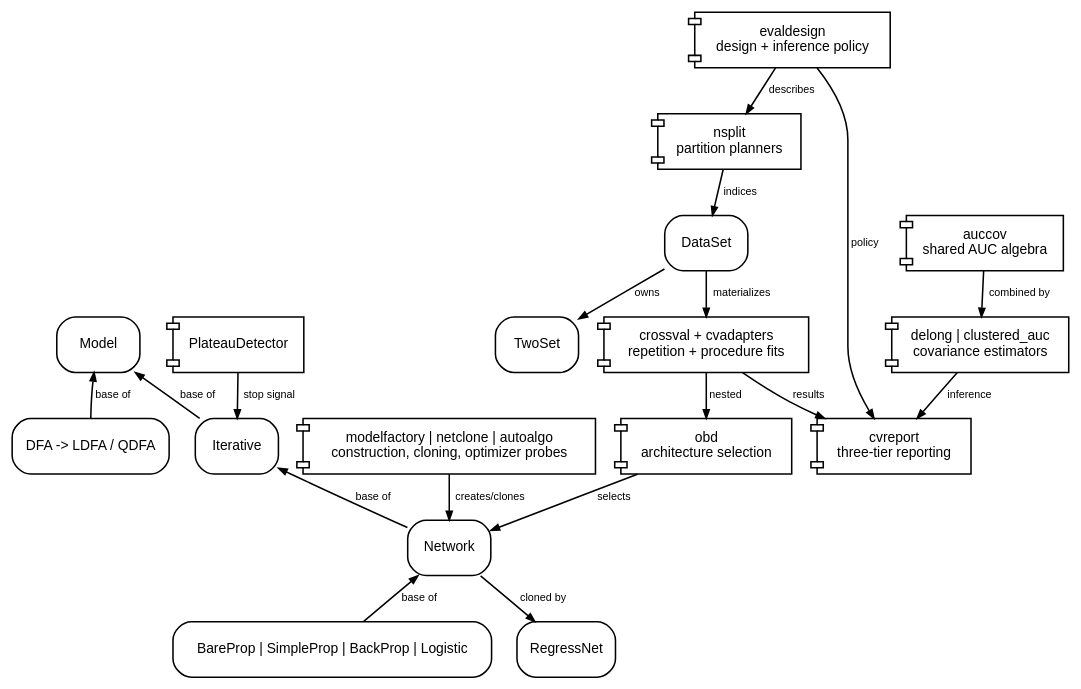
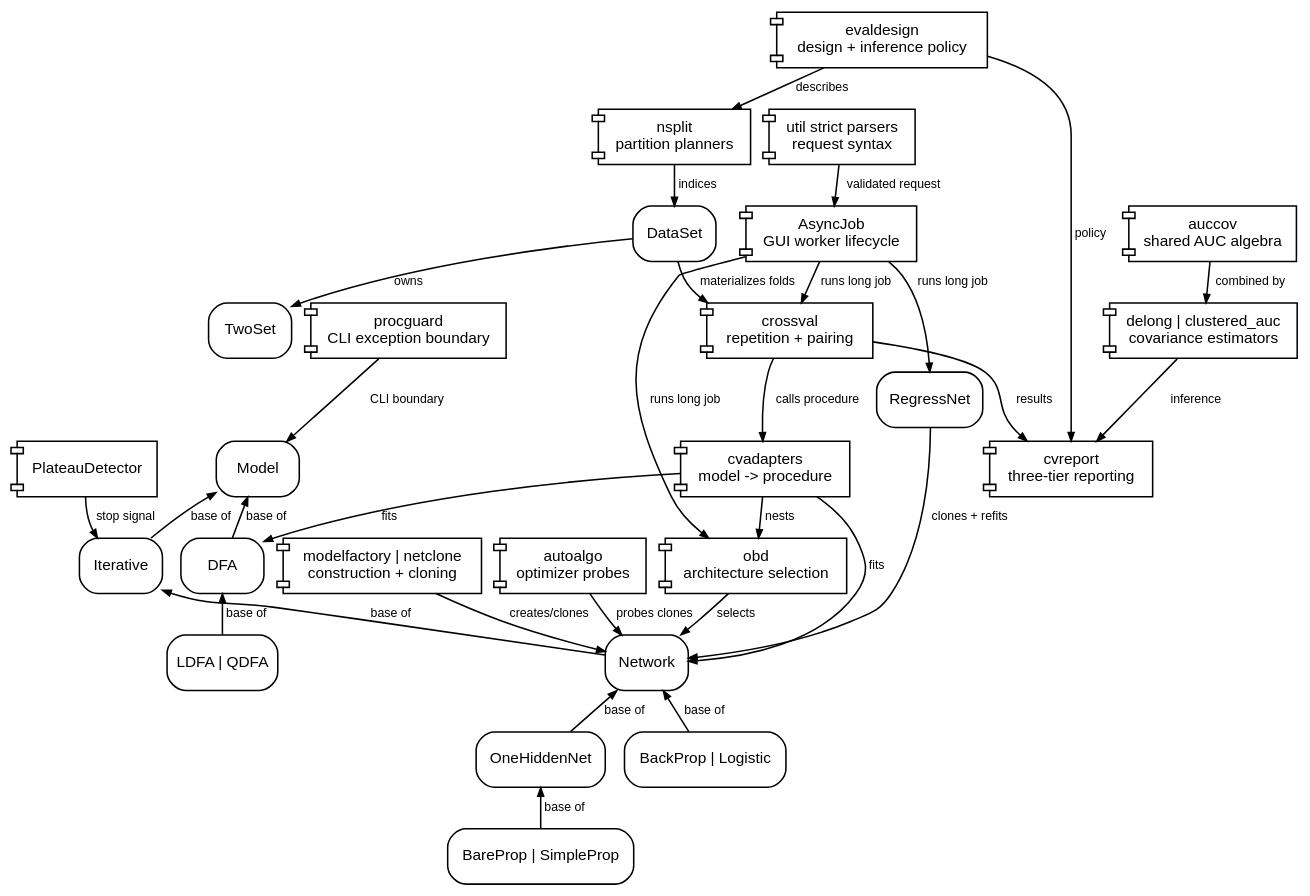
The diagram in docs/tex/figures/objects.dot (craignied/neuron), drawn with Graphviz before and after one commit. The commit also changed 18 other files, not shown here.

```diff
--- a/docs/tex/figures/objects.dot
+++ b/docs/tex/figures/objects.dot
@@ -1,45 +1,65 @@
 digraph neuron_objects {
-  graph [rankdir=TB, bgcolor="transparent", margin=0.04, nodesep=0.22,
-         ranksep=0.30, fontname="Helvetica"];
-  node [shape=box, style="rounded", fontname="Helvetica", fontsize=9,
+  graph [rankdir=TB, bgcolor="transparent", margin=0.03, nodesep=0.16,
+         ranksep=0.24, fontname="Helvetica", ratio="compress"];
+  node [shape=box, style="rounded", fontname="Helvetica", fontsize=10,
         margin="0.08,0.05"];
-  edge [fontname="Helvetica", fontsize=7, arrowsize=0.55];
+  edge [fontname="Helvetica", fontsize=8, arrowsize=0.55];
 
   DataSet [label="DataSet"];
   TwoSet [label="TwoSet"];
   Model [label="Model"];
   Iterative [label="Iterative"];
   Network [label="Network"];
-  Concrete [label="BareProp | SimpleProp | BackProp | Logistic"];
-  DFA [label="DFA -> LDFA / QDFA"];
+  OneHidden [label="OneHiddenNet"];
+  Simple [label="BareProp | SimpleProp"];
+  OtherNet [label="BackProp | Logistic"];
+  DFA [label="DFA"];
+  ConcreteDFA [label="LDFA | QDFA"];
   RegressNet [label="RegressNet"];
 
   Split [label="nsplit\npartition planners", shape=component];
   Eval [label="evaldesign\ndesign + inference policy", shape=component];
   OBD [label="obd\narchitecture selection", shape=component];
-  CV [label="crossval + cvadapters\nrepetition + procedure fits", shape=component];
+  Adapters [label="cvadapters\nmodel -> procedure", shape=component];
+  CV [label="crossval\nrepetition + pairing", shape=component];
   Report [label="cvreport\nthree-tier reporting", shape=component];
   Cov [label="auccov\nshared AUC algebra", shape=component];
   Est [label="delong | clustered_auc\ncovariance estimators", shape=component];
-  Factory [label="modelfactory | netclone | autoalgo\nconstruction, cloning, optimizer probes", shape=component];
+  Factory [label="modelfactory | netclone\nconstruction + cloning", shape=component];
+  Auto [label="autoalgo\noptimizer probes", shape=component];
   Plateau [label="PlateauDetector", shape=component];
+  Async [label="AsyncJob\nGUI worker lifecycle", shape=component];
+  Parse [label="util strict parsers\nrequest syntax", shape=component];
+  Guard [label="procguard\nCLI exception boundary", shape=component];
 
   DataSet -> TwoSet [label="owns"];
   Model -> Iterative [label="base of", dir=back];
   Iterative -> Network [label="base of", dir=back];
-  Network -> Concrete [label="base of", dir=back];
+  Network -> OneHidden [label="base of", dir=back];
+  OneHidden -> Simple [label="base of", dir=back];
+  Network -> OtherNet [label="base of", dir=back];
   Model -> DFA [label="base of", dir=back];
-  Network -> RegressNet [label="cloned by"];
+  DFA -> ConcreteDFA [label="base of", dir=back];
+  RegressNet -> Network [label="clones + refits"];
 
   Split -> DataSet [label="indices"];
-  DataSet -> CV [label="materializes"];
+  DataSet -> CV [label="materializes folds"];
   Factory -> Network [label="creates/clones"];
   Plateau -> Iterative [label="stop signal"];
+  Auto -> Network [label="probes clones"];
   OBD -> Network [label="selects"];
-  CV -> OBD [label="nested"];
+  Adapters -> Network [label="fits"];
+  Adapters -> DFA [label="fits"];
+  Adapters -> OBD [label="nests"];
+  CV -> Adapters [label="calls procedure"];
   Eval -> Split [label="describes"];
   CV -> Report [label="results"];
   Eval -> Report [label="policy"];
   Cov -> Est [label="combined by"];
   Est -> Report [label="inference"];
+  Parse -> Async [label="validated request"];
+  Async -> CV [label="runs long job"];
+  Async -> OBD [label="runs long job"];
+  Async -> RegressNet [label="runs long job"];
+  Guard -> Model [label="CLI boundary"];
 }
```
